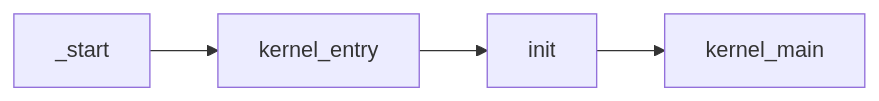
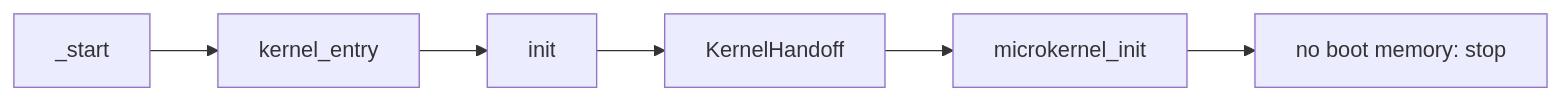
The diagram in docs/architectures/riscv64.md (NON-OS/microkernel), drawn with Mermaid before and after one commit. The commit also changed other lines of this file and 98 other files, not shown here.

````diff
--- a/docs/architectures/riscv64.md
+++ b/docs/architectures/riscv64.md
@@ -13,6 +19,8 @@
 ```mermaid
 flowchart LR
     S[_start] --> E[kernel_entry]
     E --> I[init]
-    I --> K[kernel_main]
+    I --> H[KernelHandoff]
+    H --> K[microkernel_init]
+    K --> M[no boot memory: stop]
 ```
````
